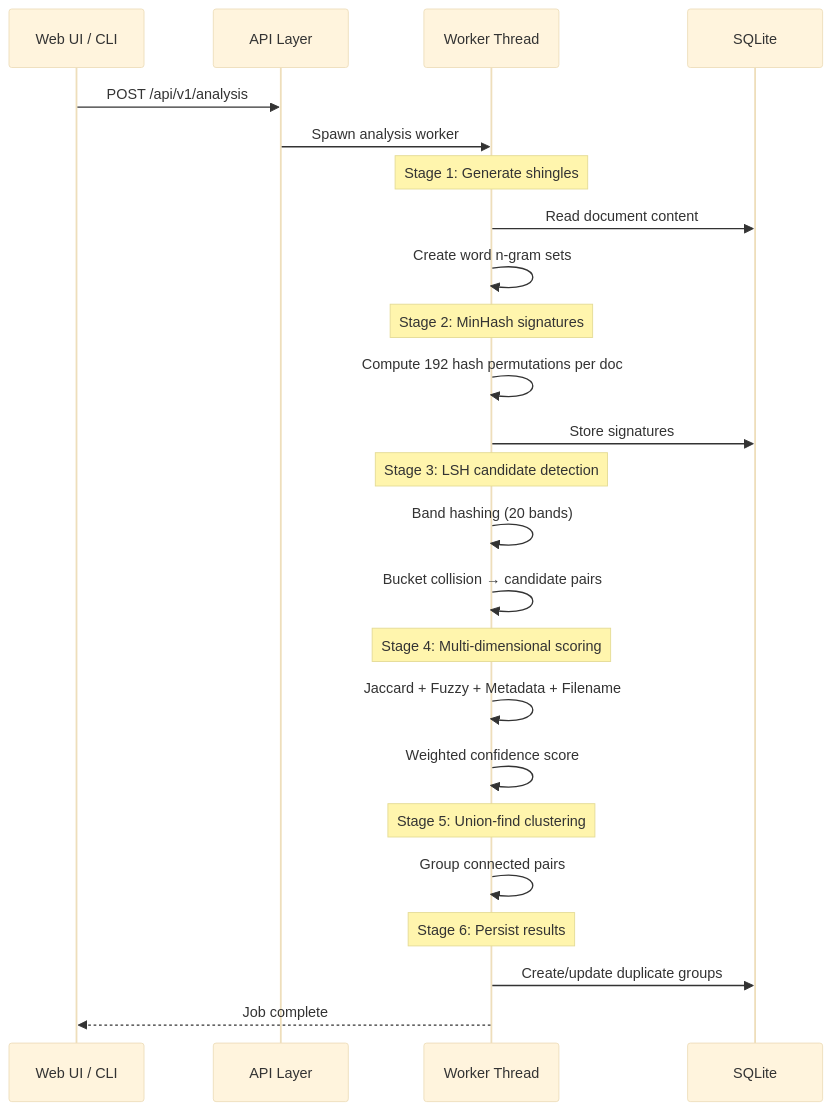
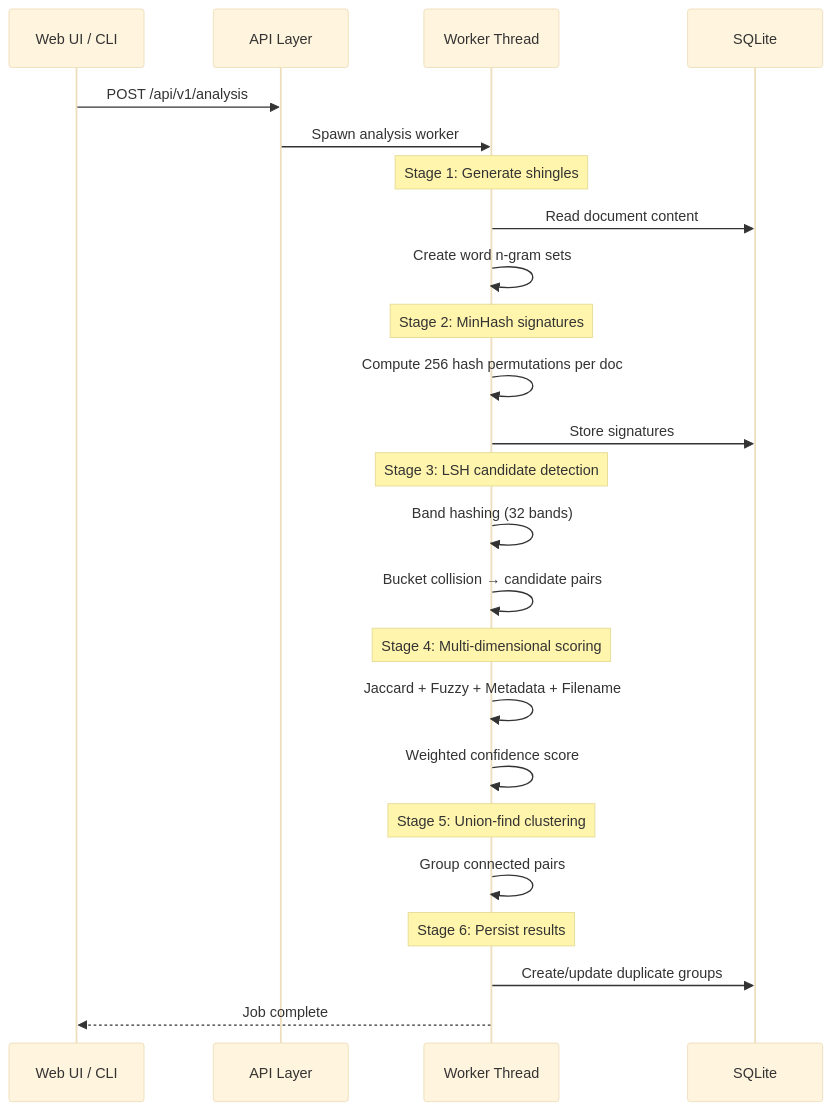
One commit to rknightion/paperless-ngx-dedupe changed the third of 5 diagrams in docs/architecture.md. Above: the diagram before and after it, drawn with Mermaid (base theme). The commit also changed other lines of this file and 61 other files, not shown here.

````diff
--- a/docs/architecture.md
+++ b/docs/architecture.md
@@ -124,33 +124,33 @@
 ```mermaid
 sequenceDiagram
     participant UI as Web UI / CLI
     participant API as API Layer
     participant W as Worker Thread
     participant DB as SQLite
 
     UI->>API: POST /api/v1/analysis
     API->>W: Spawn analysis worker
 
     Note over W: Stage 1: Generate shingles
     W->>DB: Read document content
     W->>W: Create word n-gram sets
 
     Note over W: Stage 2: MinHash signatures
-    W->>W: Compute 192 hash permutations per doc
+    W->>W: Compute 256 hash permutations per doc
     W->>DB: Store signatures
 
     Note over W: Stage 3: LSH candidate detection
-    W->>W: Band hashing (20 bands)
+    W->>W: Band hashing (32 bands)
     W->>W: Bucket collision → candidate pairs
 
     Note over W: Stage 4: Multi-dimensional scoring
     W->>W: Jaccard + Fuzzy + Metadata + Filename
     W->>W: Weighted confidence score
 
     Note over W: Stage 5: Union-find clustering
     W->>W: Group connected pairs
 
     Note over W: Stage 6: Persist results
     W->>DB: Create/update duplicate groups
     W-->>UI: Job complete
 ```
````
